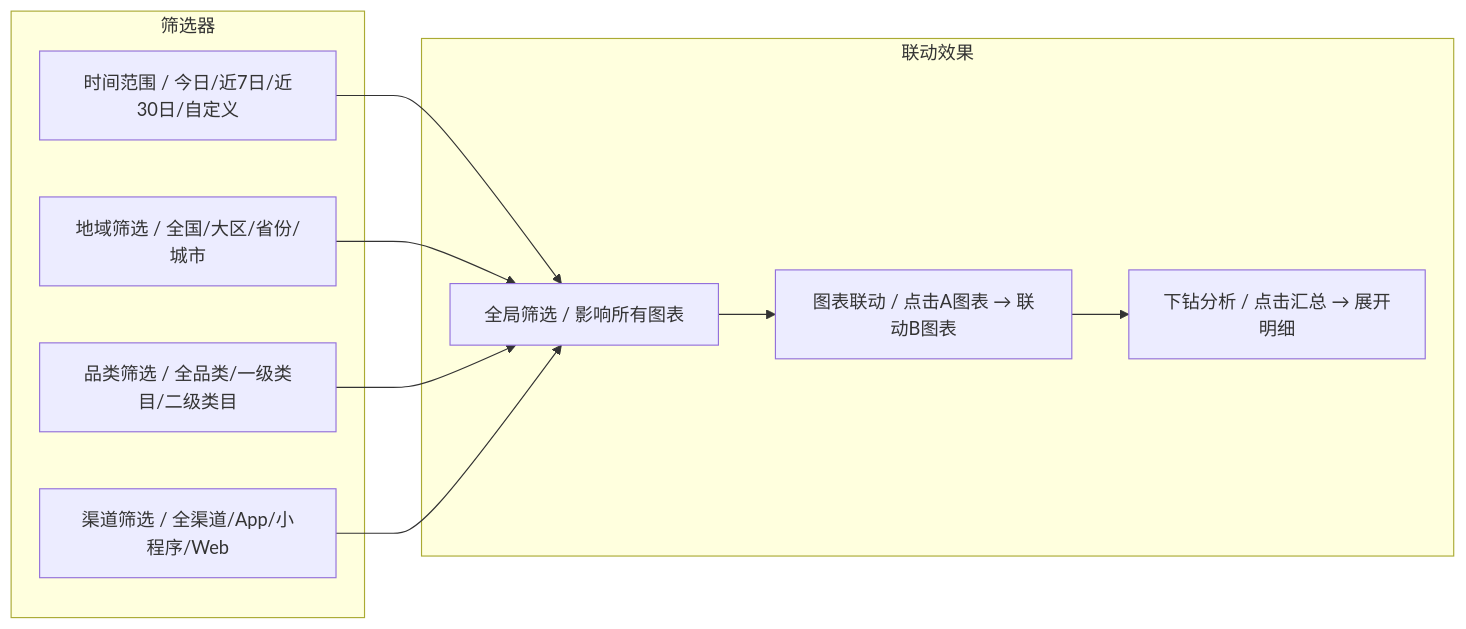
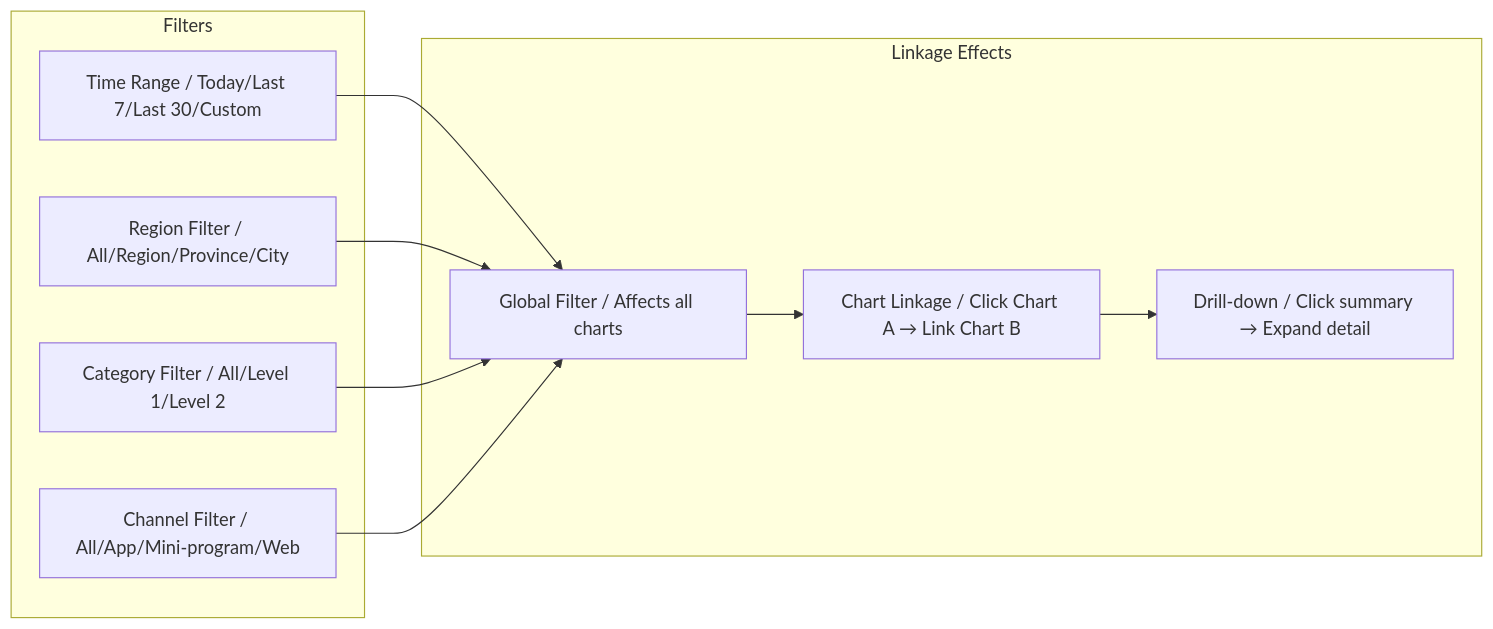
Before and after one commit to Kirky-X/cangjie: the seventh of 9 diagrams in templates/产品/运营层/【模板】数据看板.md, drawn with Mermaid. The commit also changed other lines of this file and 46 other files, not shown here.

````diff
--- a/templates/产品/运营层/【模板】数据看板.md
+++ b/templates/产品/运营层/【模板】数据看板.md
@@ -331,23 +331,23 @@
 ```mermaid
 
 
 flowchart LR
-    subgraph "筛选器"
-        F1["时间范围 / 今日/近7日/近30日/自定义"]
-        F2["地域筛选 / 全国/大区/省份/城市"]
-        F3["品类筛选 / 全品类/一级类目/二级类目"]
-        F4["渠道筛选 / 全渠道/App/小程序/Web"]
+    subgraph "Filters"
+        F1["Time Range / Today/Last 7/Last 30/Custom"]
+        F2["Region Filter / All/Region/Province/City"]
+        F3["Category Filter / All/Level 1/Level 2"]
+        F4["Channel Filter / All/App/Mini-program/Web"]
     end
 
-    subgraph "联动效果"
-        L1["全局筛选 / 影响所有图表"]
-        L2["图表联动 / 点击A图表 → 联动B图表"]
-        L3["下钻分析 / 点击汇总 → 展开明细"]
+    subgraph "Linkage Effects"
+        L1["Global Filter / Affects all charts"]
+        L2["Chart Linkage / Click Chart A → Link Chart B"]
+        L3["Drill-down / Click summary → Expand detail"]
     end
 
     F1 --> L1
     F2 --> L1
     F3 --> L1
     F4 --> L1
     L1 --> L2 --> L3
 ```
````
